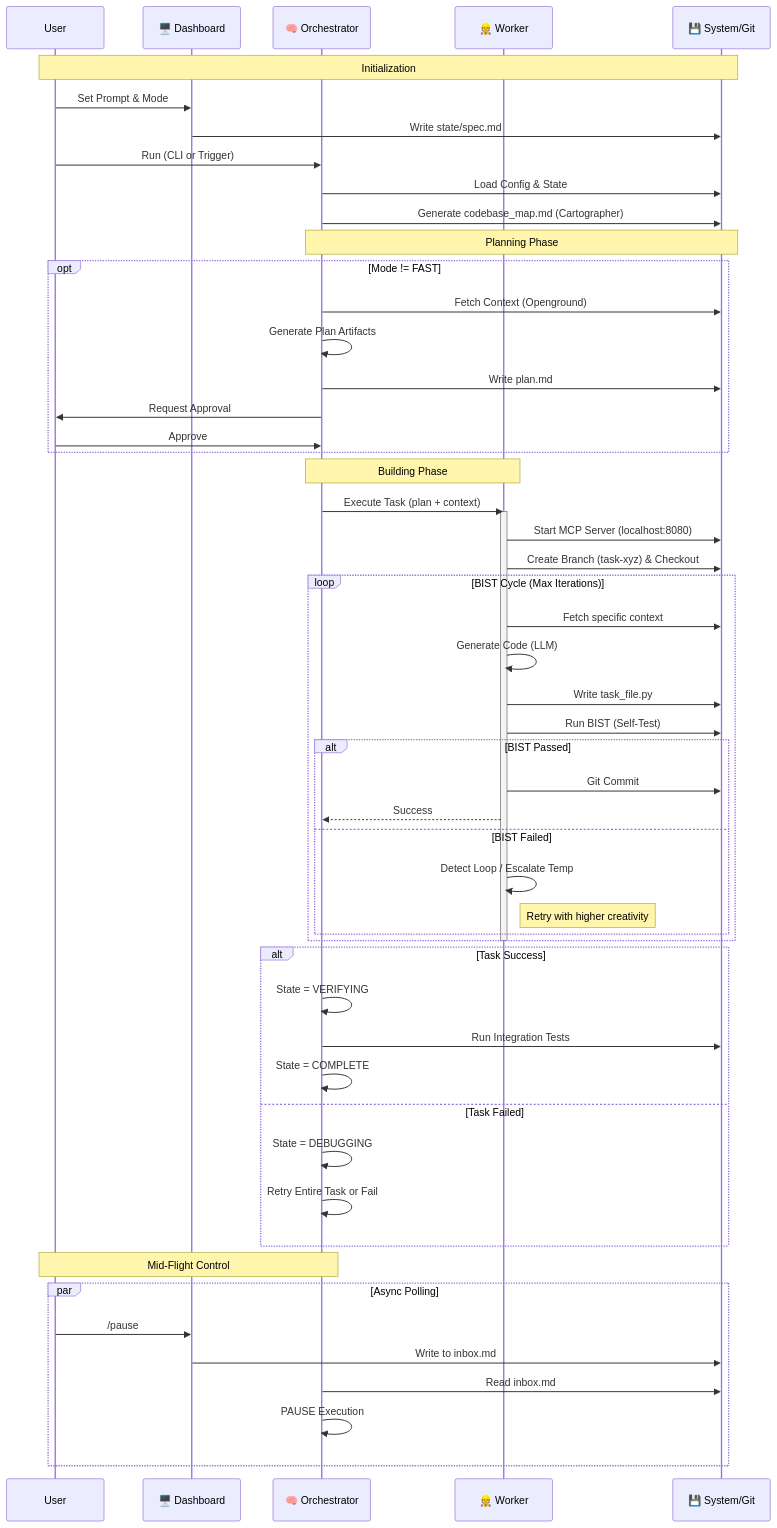
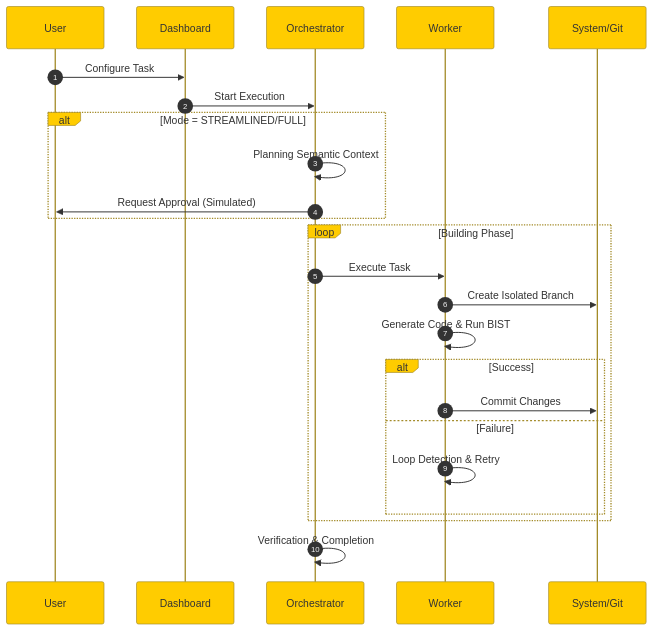
The diagram in README.md (mpchilli/HybridConductor_v7), drawn with Mermaid before and after one commit. The commit also changed other lines of this file and 11 other files, not shown here.

Commit message:
added readmes and mermaids 7.2.8

````diff
--- a/README.md
+++ b/README.md
@@ -203,62 +116,31 @@
 ```mermaid
+%%{init: {'theme': 'base', 'themeVariables': { 'primaryColor': '#ffcc00', 'edgeLabelBackground':'#ffffff', 'tertiaryColor': '#fff0f0'}}}%%
 sequenceDiagram
-    participant User
-    participant Dash as 🖥️ Dashboard
-    participant Orch as 🧠 Orchestrator
-    participant Work as 👷 Worker
-    participant Sys as 💾 System/Git
+    autonumber
+    participant U as User
+    participant D as Dashboard
+    participant O as Orchestrator
+    participant W as Worker
+    participant S as System/Git
 
-    Note over User, Sys: Initialization
-    User->>Dash: Set Prompt & Mode
-    Dash->>Sys: Write state/spec.md
-    User->>Orch: Run (CLI or Trigger)
-    Orch->>Sys: Load Config & State
-    Orch->>Sys: Generate codebase_map.md (Cartographer)
+    U->>D: Configure Task
+    D->>O: Start Execution
     
-    Note over Orch, Sys: Planning Phase
-    opt Mode != FAST
-        Orch->>Sys: Fetch Context (Openground)
-        Orch->>Orch: Generate Plan Artifacts
-        Orch->>Sys: Write plan.md
-        Orch->>User: Request Approval
-        User->>Orch: Approve
+    alt Mode = STREAMLINED/FULL
+        O->>O: Planning Semantic Context
+        O->>U: Request Approval (Simulated)
     end
     
-    Note over Orch, Work: Building Phase
-    Orch->>Work: Execute Task (plan + context)
-    activate Work
-    Work->>Sys: Start MCP Server (localhost:8080)
-    Work->>Sys: Create Branch (task-xyz) & Checkout
-    
-    loop BIST Cycle (Max Iterations)
-        Work->>Sys: Fetch specific context
-        Work->>Work: Generate Code (LLM)
-        Work->>Sys: Write task_file.py
-        Work->>Sys: Run BIST (Self-Test)
-        alt BIST Passed
-            Work->>Sys: Git Commit
-            Work-->>Orch: Success
-        else BIST Failed
-            Work->>Work: Detect Loop / Escalate Temp
-            Note right of Work: Retry with higher creativity
+    loop Building Phase
+        O->>W: Execute Task
+        W->>S: Create Isolated Branch
+        W->>W: Generate Code & Run BIST
+        alt Success
+            W->>S: Commit Changes
+        else Failure
+            W->>W: Loop Detection & Retry
         end
     end
-    deactivate Work
     
-    alt Task Success
-        Orch->>Orch: State = VERIFYING
-        Orch->>Sys: Run Integration Tests
-        Orch->>Orch: State = COMPLETE
-    else Task Failed
-        Orch->>Orch: State = DEBUGGING
-        Orch->>Orch: Retry Entire Task or Fail
-    end
-    
-    Note over User, Orch: Mid-Flight Control
-    par Async Polling
-        User->>Dash: /pause
-        Dash->>Sys: Write to inbox.md
-        Orch->>Sys: Read inbox.md
-        Orch->>Orch: PAUSE Execution
-    end
+    O->>O: Verification & Completion
 ```
````
